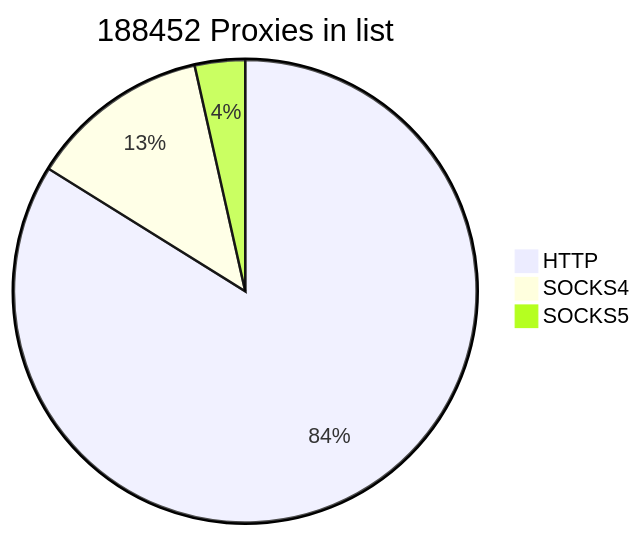
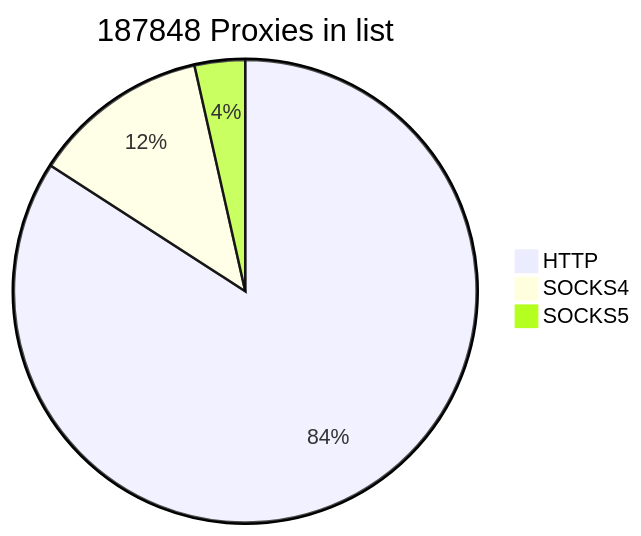
One commit to cutipu/proxylist changed the first of 2 diagrams in README.md. Above: the diagram before and after it, drawn with Mermaid. The commit also changed other lines of this file, not shown here.

````diff
--- a/README.md
+++ b/README.md
@@ -2,7 +2,7 @@
 ```mermaid
-pie title 188452 Proxies in list
-    "HTTP" : 158052
-    "SOCKS4" : 23781
+pie title 187848 Proxies in list
+    "HTTP" : 158030
+    "SOCKS4" : 23199
     "SOCKS5" : 6619
             
 ```
````
